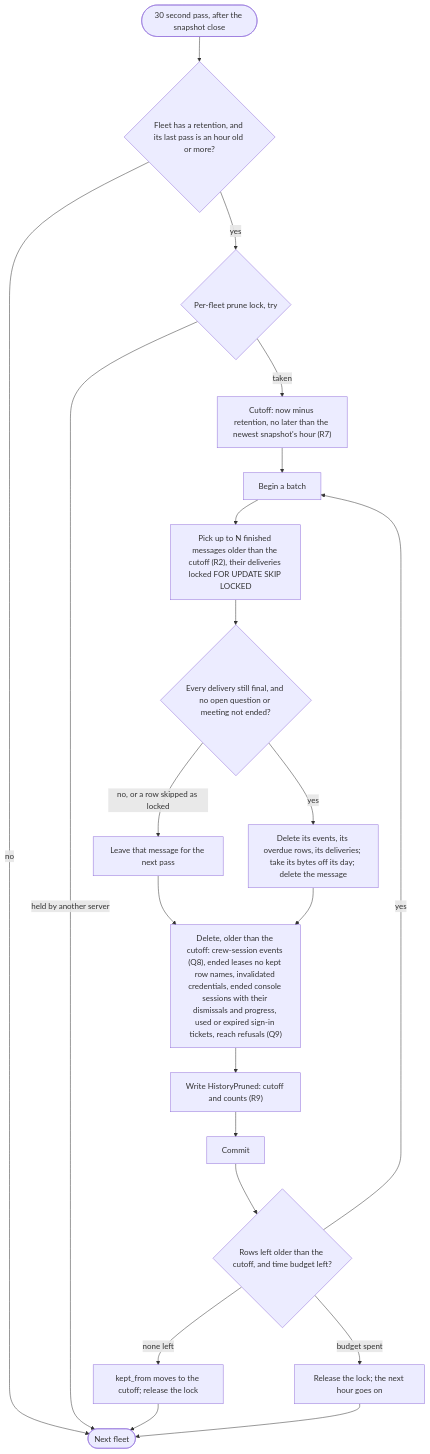
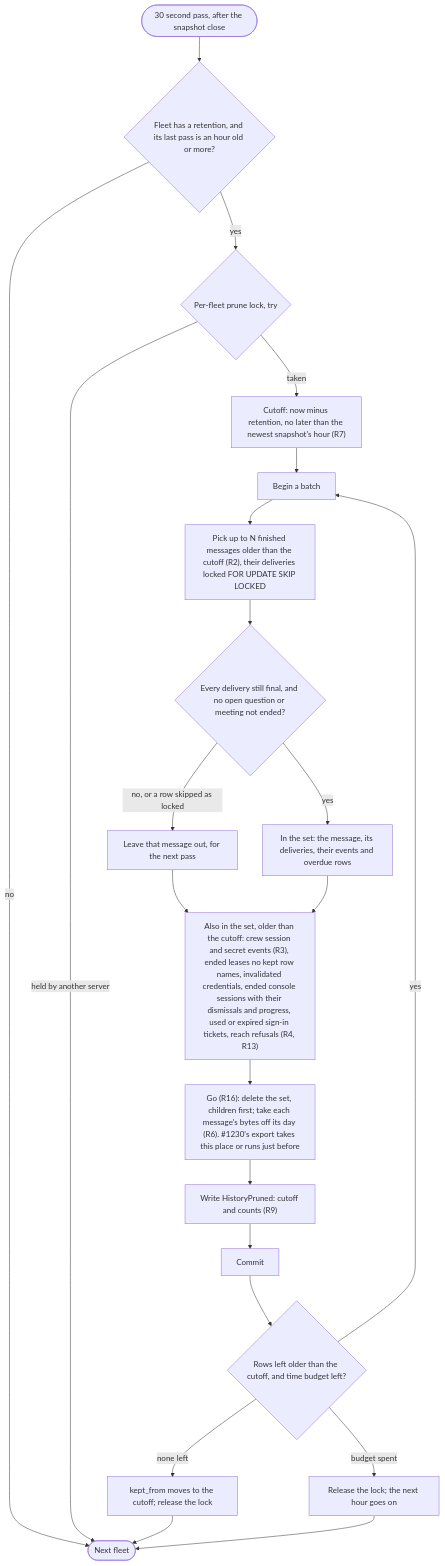
The first of 2 diagrams in docs/design/retention/retention.md (ThomasHendrickx/aeolus-fleet), drawn with Mermaid before and after one commit. The commit also changed other lines of this file, not shown here.

````diff
--- a/docs/design/retention/retention.md
+++ b/docs/design/retention/retention.md
@@ -96,23 +98,24 @@
 ```mermaid
 flowchart TD
   tick(["30 second pass, after the snapshot close"]) --> due{"Fleet has a retention, and its last pass is an hour old or more?"}
   due -->|no| skip([Next fleet])
   due -->|yes| lock{"Per-fleet prune lock, try"}
   lock -->|"held by another server"| skip
   lock -->|taken| cut["Cutoff: now minus retention, no later than the newest snapshot's hour (R7)"]
   cut --> batch["Begin a batch"]
   batch --> pick["Pick up to N finished messages older than the cutoff (R2), their deliveries locked FOR UPDATE SKIP LOCKED"]
   pick --> recheck{"Every delivery still final, and no open question or meeting not ended?"}
-  recheck -->|"no, or a row skipped as locked"| leave["Leave that message for the next pass"]
-  recheck -->|yes| del1["Delete its events, its overdue rows, its deliveries; take its bytes off its day; delete the message"]
+  recheck -->|"no, or a row skipped as locked"| leave["Leave that message out, for the next pass"]
+  recheck -->|yes| take["In the set: the message, its deliveries, their events and overdue rows"]
   leave --> rest
-  del1 --> rest["Delete, older than the cutoff: crew-session events (Q8), ended leases no kept row names, invalidated credentials, ended console sessions with their dismissals and progress, used or expired sign-in tickets, reach refusals (Q9)"]
-  rest --> ev["Write HistoryPruned: cutoff and counts (R9)"]
+  take --> rest["Also in the set, older than the cutoff: crew session and secret events (R3), ended leases no kept row names, invalidated credentials, ended console sessions with their dismissals and progress, used or expired sign-in tickets, reach refusals (R4, R13)"]
+  rest --> go["Go (R16): delete the set, children first; take each message's bytes off its day (R6). #1230's export takes this place or runs just before"]
+  go --> ev["Write HistoryPruned: cutoff and counts (R9)"]
   ev --> commit["Commit"]
   commit --> more{"Rows left older than the cutoff, and time budget left?"}
   more -->|yes| batch
   more -->|"none left"| kept["kept_from moves to the cutoff; release the lock"]
   more -->|"budget spent"| later["Release the lock; the next hour goes on"]
   kept --> skip
   later --> skip
 ```
````
